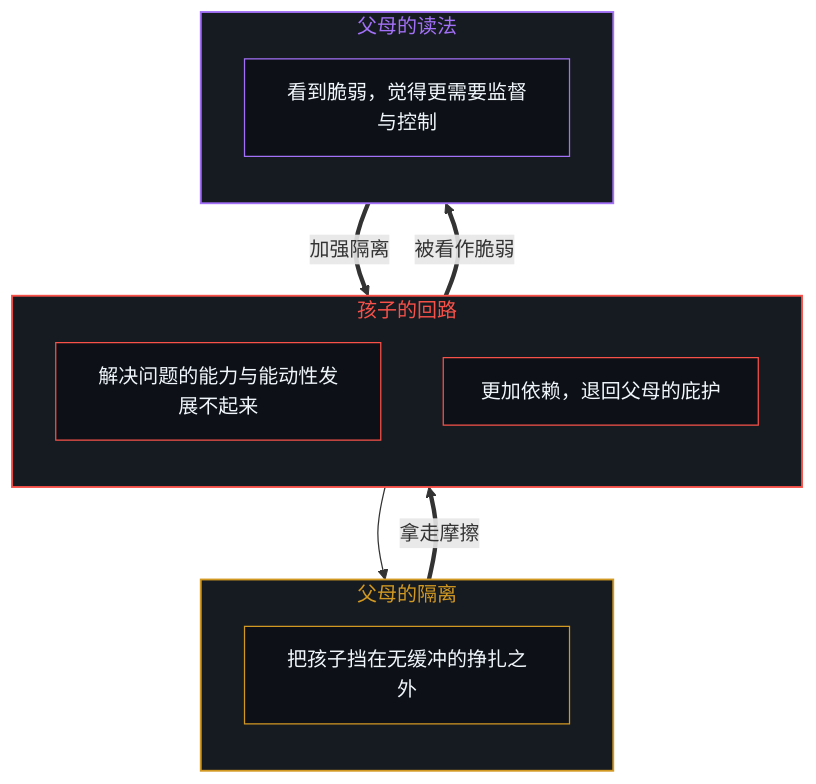
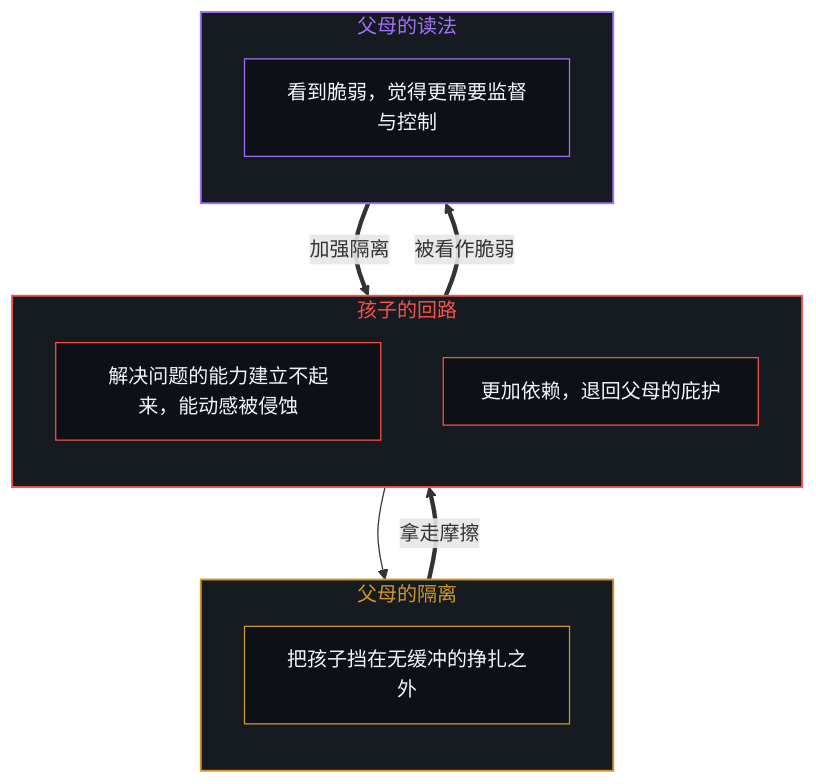
Before and after one commit to powerpig99/not-a-toe: the first of 2 diagrams in content/posts/the-fallacy-of-post-success-parenting.md, drawn with Mermaid. The commit also changed other lines of this file and 4 other files, not shown here.

````diff
--- a/content/posts/the-fallacy-of-post-success-parenting.md
+++ b/content/posts/the-fallacy-of-post-success-parenting.md
@@ -53,27 +53,27 @@
 ```mermaid
 flowchart TD
     subgraph S_Insulate["父母的隔离"]
         direction TB
         P1["把孩子挡在无缓冲的挣扎之外"]
     end
     subgraph S_Child["孩子的回路"]
         direction TB
-        C1["解决问题的能力与能动性发展不起来"]
+        C1["解决问题的能力建立不起来，能动感被侵蚀"]
         C2["更加依赖，退回父母的庇护"]
     end
     subgraph S_Parent["父母的读法"]
         direction TB
         R1["看到脆弱，觉得更需要监督与控制"]
     end
     P1 ==>|"拿走摩擦"| C1
     C1 ==>|"被看作脆弱"| R1
     R1 ==>|"加强隔离"| C2
     C2 --> P1
     style S_Insulate fill:#161b22,stroke:#d29922,stroke-width:1.5px,color:#d29922
     style S_Child fill:#161b22,stroke:#f85149,stroke-width:1.5px,color:#f85149
     style S_Parent fill:#161b22,stroke:#a371f7,stroke-width:1.5px,color:#a371f7
     style P1 fill:#0d1117,stroke:#d29922,stroke-width:1px,color:#f0f6fc
     style C1 fill:#0d1117,stroke:#f85149,stroke-width:1px,color:#f0f6fc
     style C2 fill:#0d1117,stroke:#f85149,stroke-width:1px,color:#f0f6fc
     style R1 fill:#0d1117,stroke:#a371f7,stroke-width:1px,color:#f0f6fc
 ```
````
